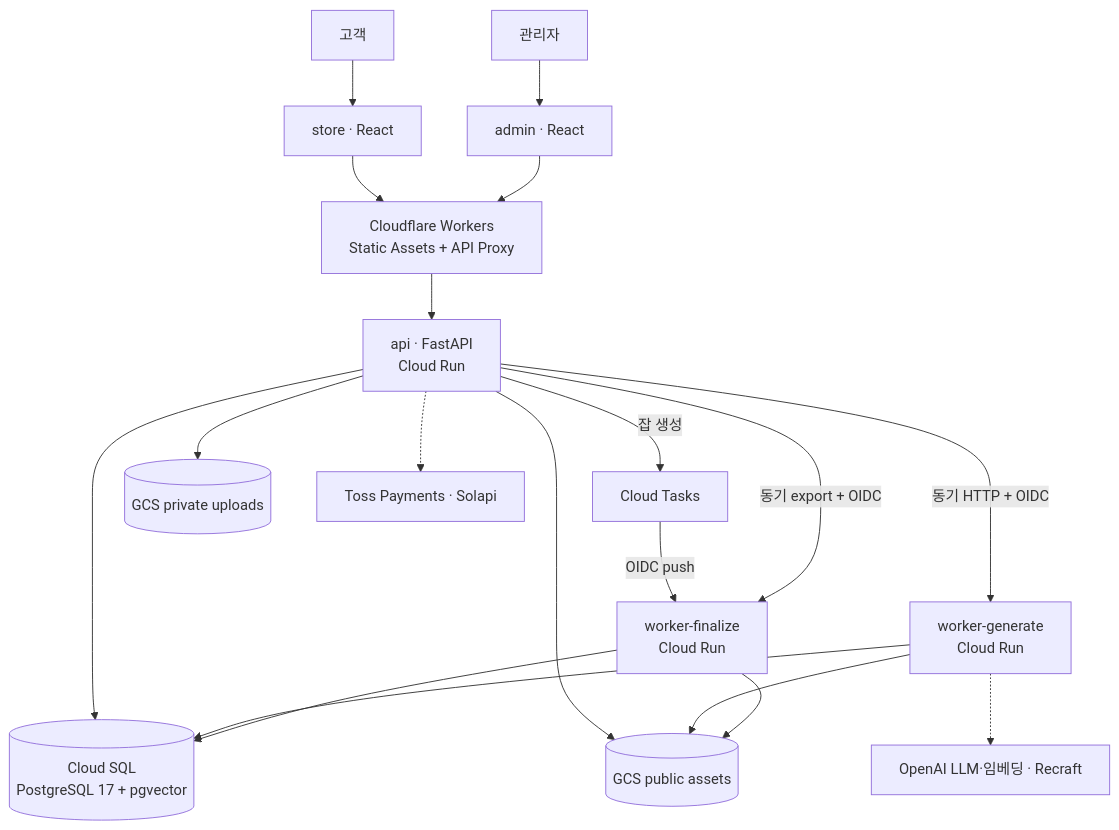
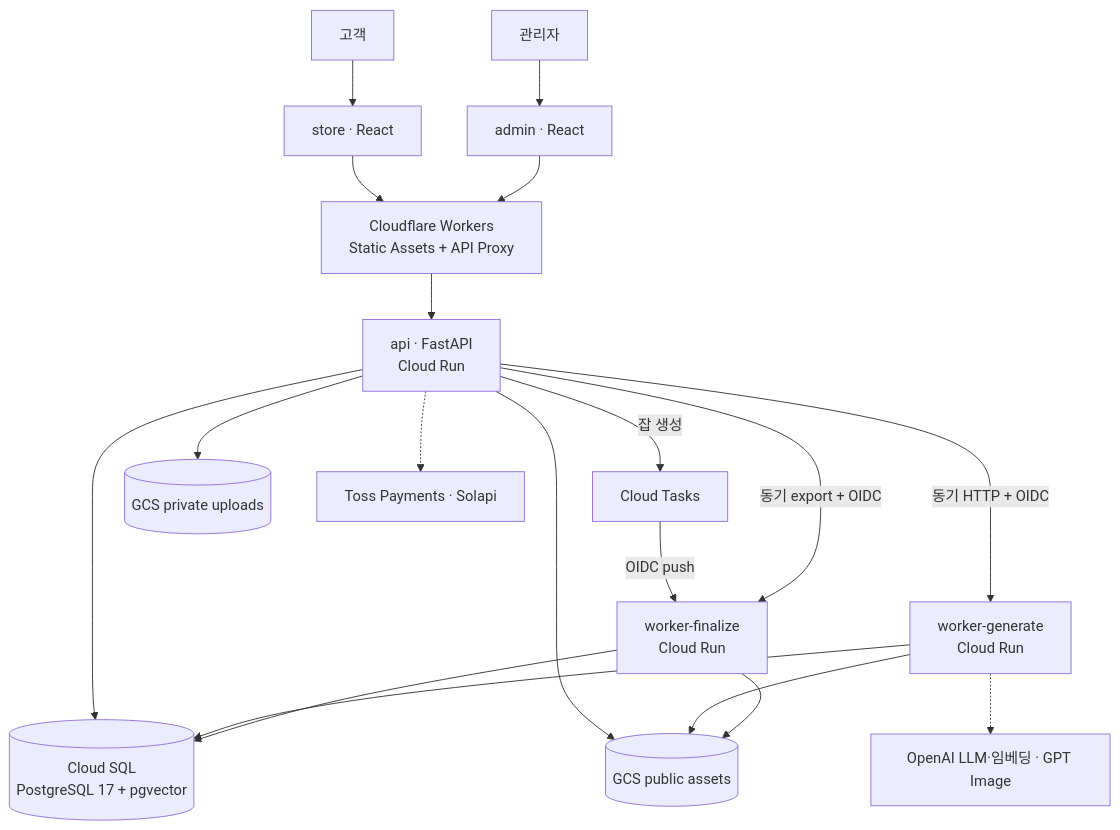
Before and after one commit to Bongseop-Kim/essesion: the second of 2 diagrams in README.md, drawn with Mermaid. The commit also changed other lines of this file and 139 other files, not shown here.

Commit message:
Replace Recraft motif generation with GPT Image pipeline

````diff
--- a/README.md
+++ b/README.md
@@ -74,24 +74,24 @@
 ```mermaid
 flowchart TB
     Customer[고객] --> Store[store · React]
     Operator[관리자] --> Admin[admin · React]
     Store --> Edge[Cloudflare Workers<br/>Static Assets + API Proxy]
     Admin --> Edge
     Edge --> API[api · FastAPI<br/>Cloud Run]
 
     API -->|동기 HTTP + OIDC| Generate[worker-generate<br/>Cloud Run]
     API -->|잡 생성| Tasks[Cloud Tasks]
     Tasks -->|OIDC push| Finalize[worker-finalize<br/>Cloud Run]
     API -->|동기 export + OIDC| Finalize
 
     API --> SQL[(Cloud SQL<br/>PostgreSQL 17 + pgvector)]
     Generate --> SQL
     Finalize --> SQL
     API --> Private[(GCS private uploads)]
     API --> Public[(GCS public assets)]
     Generate --> Public
     Finalize --> Public
 
-    Generate -.-> AI[OpenAI LLM·임베딩 · Recraft]
+    Generate -.-> AI[OpenAI LLM·임베딩 · GPT Image]
     API -.-> External[Toss Payments · Solapi]
 ```
````
